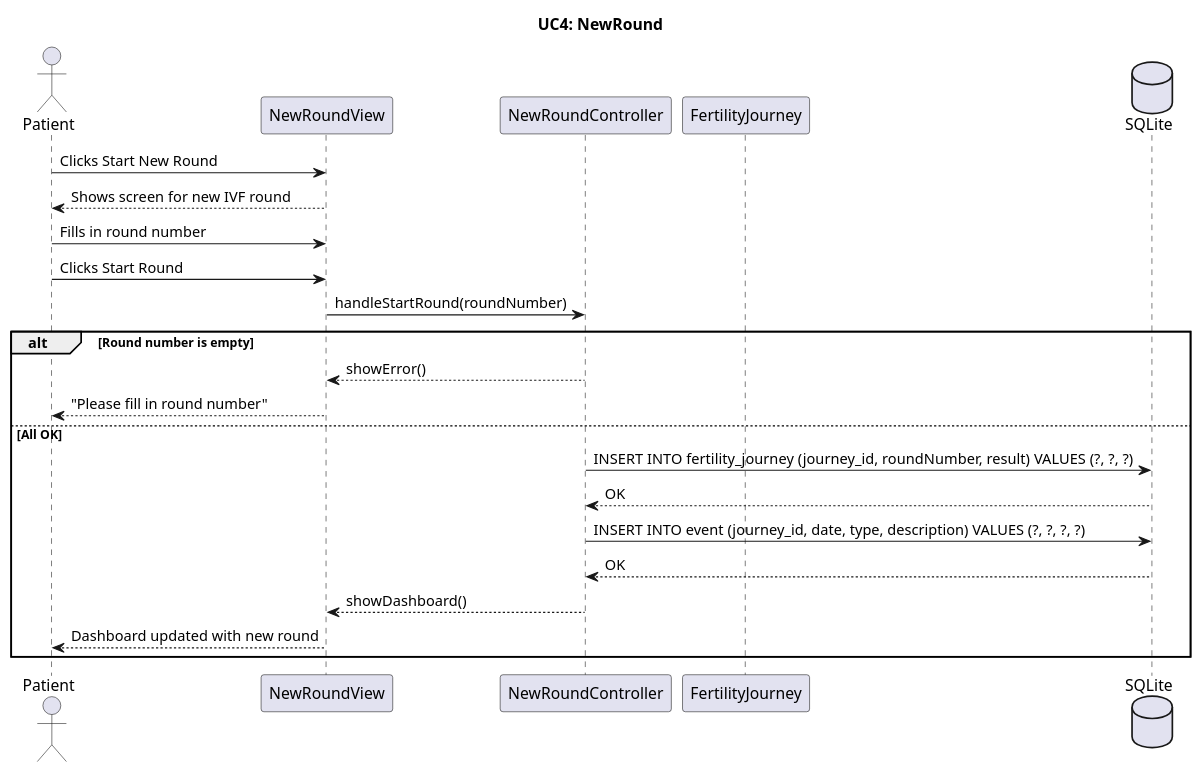
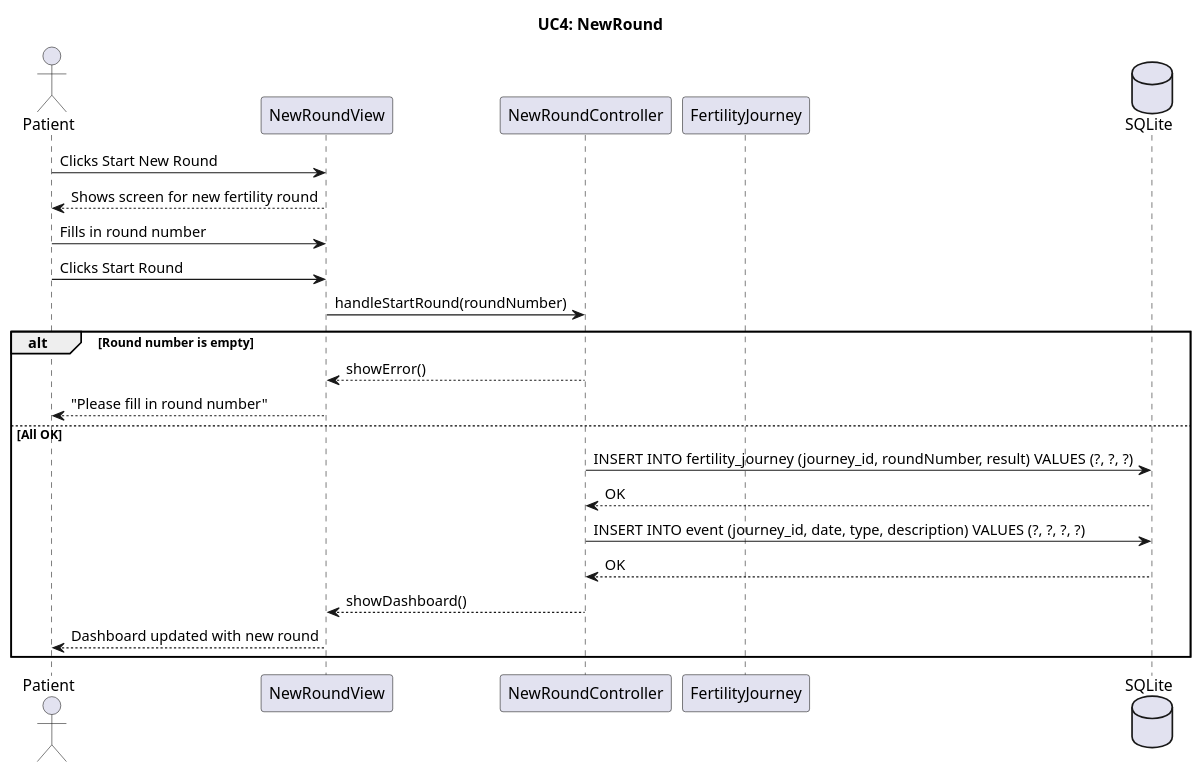
One commit to BesimaP/PET-2.semester-Simpl changed the diagram in doc/dynamic/UC4 - NewRoundController.puml. Above: the diagram before and after it, drawn with PlantUML. The commit also changed 1 other file, not shown here.

Commit message:
Ret IVF til fertility round for konsistens (sekvens diagram usecase 4)

```diff
--- a/doc/dynamic/UC4 - NewRoundController.puml
+++ b/doc/dynamic/UC4 - NewRoundController.puml
@@ -1,31 +1,31 @@
 @startuml
 !pragma layout smetana
 
 title UC4: NewRound
 
 actor "Patient" as u
 participant "NewRoundView" as v
 participant "NewRoundController" as c
 participant "FertilityJourney" as m
 database "SQLite" as db
 
 u -> v : Clicks Start New Round
-v --> u : Shows screen for new IVF round
+v --> u : Shows screen for new fertility round
 
 u -> v : Fills in round number
 u -> v : Clicks Start Round
 v -> c : handleStartRound(roundNumber)
 
 alt Round number is empty
   c --> v : showError()
   v --> u : "Please fill in round number"
 else All OK
   c -> db : INSERT INTO fertility_journey (journey_id, roundNumber, result) VALUES (?, ?, ?)
   db --> c : OK
   c -> db : INSERT INTO event (journey_id, date, type, description) VALUES (?, ?, ?, ?)
   db --> c : OK
   c --> v : showDashboard()
   v --> u : Dashboard updated with new round
 end
 
 @enduml
```
